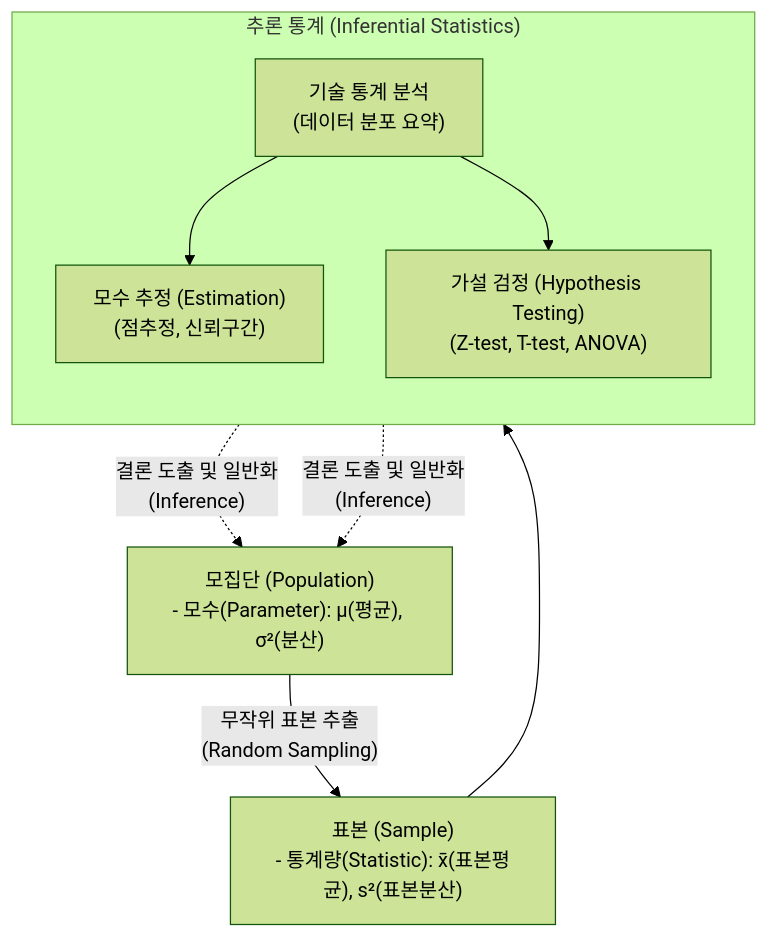
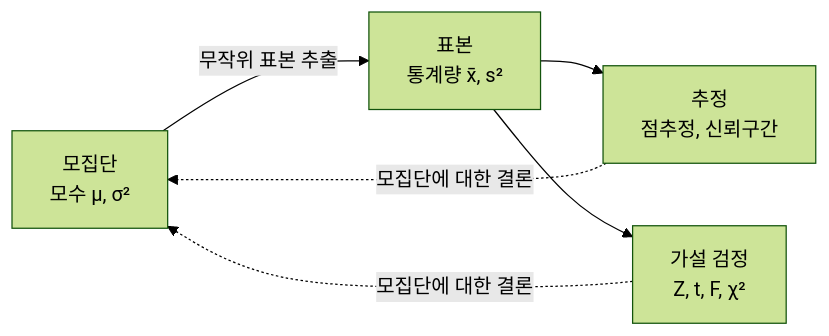
The diagram in content/01_IT Tech/추론 통계.md (supremethumb/supremethumb.github.io), drawn with Mermaid (forest theme) before and after one commit. The commit also changed other lines of this file and 1087 other files, not shown here.

````diff
--- a/content/01_IT Tech/추론 통계.md
+++ b/content/01_IT Tech/추론 통계.md
@@ -23,19 +35,7 @@
 ```mermaid
-flowchart TB
-    Pop["모집단 (Population)<br/>- 모수(Parameter): μ(평균), σ²(분산)"]
-    Samp["표본 (Sample)<br/>- 통계량(Statistic): x̄(표본평균), s²(표본분산)"]
-    
-    subgraph "추론 통계 (Inferential Statistics)"
-        direction TB
-        Desc["기술 통계 분석<br/>(데이터 분포 요약)"]
-        Est["모수 추정 (Estimation)<br/>(점추정, 신뢰구간)"]
-        Test["가설 검정 (Hypothesis Testing)<br/>(Z-test, T-test, ANOVA)"]
-        
-        Desc --> Est & Test
-    end
-    
-    Pop -- "무작위 표본 추출<br/>(Random Sampling)" --> Samp
-    Samp --> Desc
-    Est & Test -.->|"결론 도출 및 일반화<br/>(Inference)"| Pop
-
+flowchart LR
+    POP["모집단<br/>모수 μ, σ²"] -- "무작위 표본 추출" --> S["표본<br/>통계량 x̄, s²"]
+    S --> EST["추정<br/>점추정, 신뢰구간"]
+    S --> TEST["가설 검정<br/>Z, t, F, χ²"]
+    EST & TEST -. "모집단에 대한 결론" .-> POP
 ```
````
